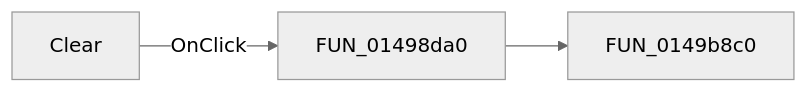
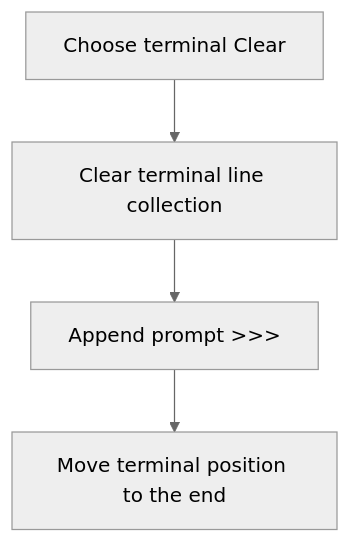
Before and after one commit to MovGP0/TIARA: the diagram in docs/ui-controls/frmdesigntool/mnclearterminal-e1226488fb.md, drawn with Mermaid (neutral theme). The commit also changed other lines of this file and 387 other files, not shown here.

````diff
--- a/docs/ui-controls/frmdesigntool/mnclearterminal-e1226488fb.md
+++ b/docs/ui-controls/frmdesigntool/mnclearterminal-e1226488fb.md
@@ -27,5 +27,6 @@
 ```mermaid
-flowchart LR
-    control["Clear"] -->|OnClick| handler["FUN_01498da0"]
-    handler --> call1["FUN_0149b8c0"]
+flowchart TD
+    click["Choose terminal Clear"] --> clear["Clear terminal line collection"]
+    clear --> prompt["Append prompt >>>"]
+    prompt --> caret["Move terminal position to the end"]
 ```
````
